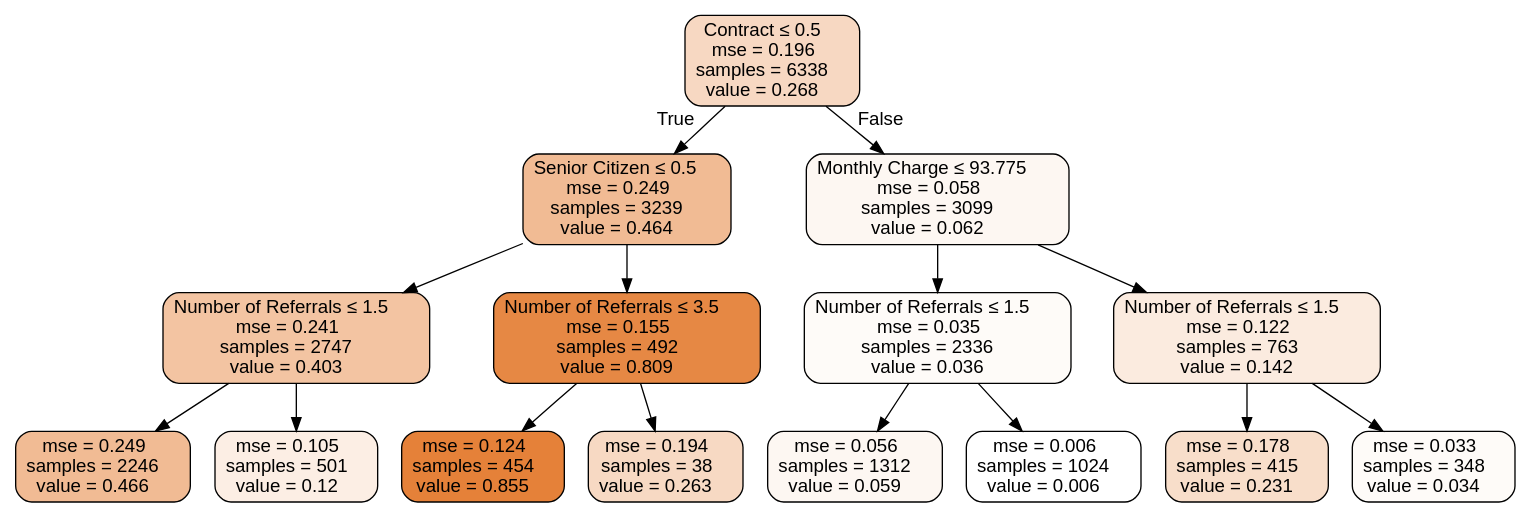
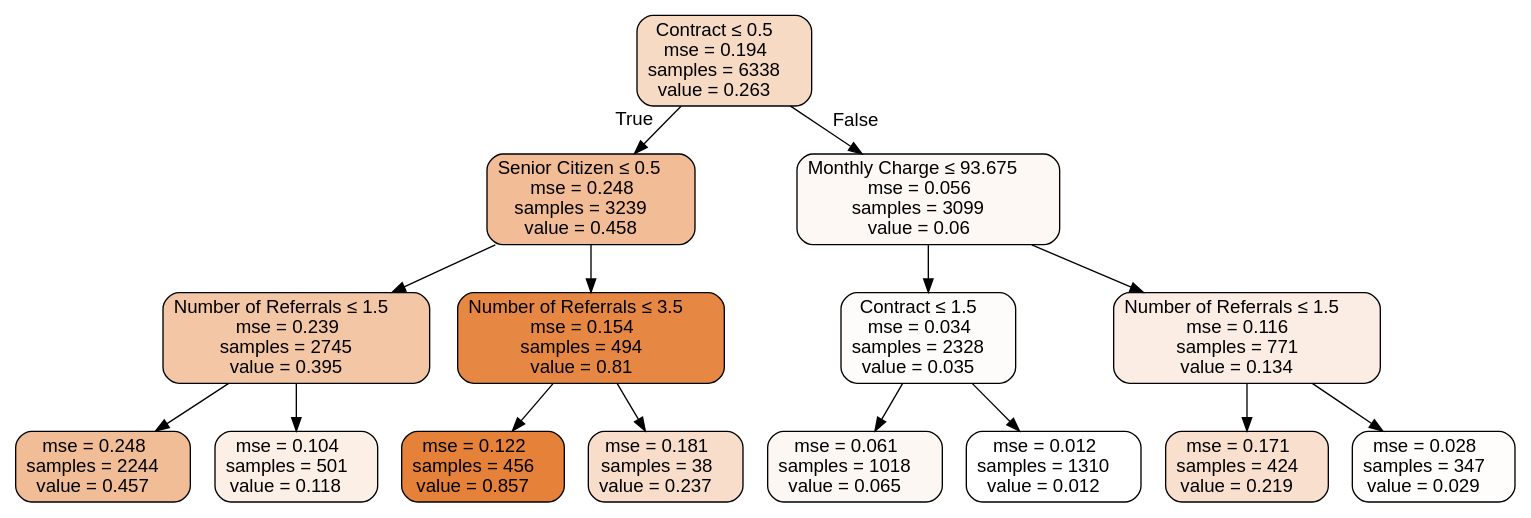
Before and after one commit to lucienwalewski/cse204project: the diagram in src/Source.gv, drawn with Graphviz. The commit also changed 4 other files, not shown here.

```diff
--- a/src/Source.gv
+++ b/src/Source.gv
@@ -1,33 +1,33 @@
 digraph Tree {
 node [shape=box, style="filled, rounded", color="black", fontname=helvetica] ;
 edge [fontname=helvetica] ;
-0 [label=<Contract &le; 0.5<br/>mse = 0.196<br/>samples = 6338<br/>value = 0.268>, fillcolor="#f7d8c2"] ;
-1 [label=<Senior Citizen &le; 0.5<br/>mse = 0.249<br/>samples = 3239<br/>value = 0.464>, fillcolor="#f1bb94"] ;
+0 [label=<Contract &le; 0.5<br/>mse = 0.194<br/>samples = 6338<br/>value = 0.263>, fillcolor="#f7dac4"] ;
+1 [label=<Senior Citizen &le; 0.5<br/>mse = 0.248<br/>samples = 3239<br/>value = 0.458>, fillcolor="#f1bc96"] ;
 0 -> 1 [labeldistance=2.5, labelangle=45, headlabel="True"] ;
-2 [label=<Number of Referrals &le; 1.5<br/>mse = 0.241<br/>samples = 2747<br/>value = 0.403>, fillcolor="#f3c4a2"] ;
+2 [label=<Number of Referrals &le; 1.5<br/>mse = 0.239<br/>samples = 2745<br/>value = 0.395>, fillcolor="#f3c6a5"] ;
 1 -> 2 ;
-3 [label=<mse = 0.249<br/>samples = 2246<br/>value = 0.466>, fillcolor="#f1bb94"] ;
+3 [label=<mse = 0.248<br/>samples = 2244<br/>value = 0.457>, fillcolor="#f1bd97"] ;
 2 -> 3 ;
-4 [label=<mse = 0.105<br/>samples = 501<br/>value = 0.12>, fillcolor="#fceee4"] ;
+4 [label=<mse = 0.104<br/>samples = 501<br/>value = 0.118>, fillcolor="#fcefe6"] ;
 2 -> 4 ;
-5 [label=<Number of Referrals &le; 3.5<br/>mse = 0.155<br/>samples = 492<br/>value = 0.809>, fillcolor="#e68844"] ;
+5 [label=<Number of Referrals &le; 3.5<br/>mse = 0.154<br/>samples = 494<br/>value = 0.81>, fillcolor="#e68844"] ;
 1 -> 5 ;
-6 [label=<mse = 0.124<br/>samples = 454<br/>value = 0.855>, fillcolor="#e58139"] ;
+6 [label=<mse = 0.122<br/>samples = 456<br/>value = 0.857>, fillcolor="#e58139"] ;
 5 -> 6 ;
-7 [label=<mse = 0.194<br/>samples = 38<br/>value = 0.263>, fillcolor="#f7d9c3"] ;
+7 [label=<mse = 0.181<br/>samples = 38<br/>value = 0.237>, fillcolor="#f8deca"] ;
 5 -> 7 ;
-8 [label=<Monthly Charge &le; 93.775<br/>mse = 0.058<br/>samples = 3099<br/>value = 0.062>, fillcolor="#fdf7f2"] ;
+8 [label=<Monthly Charge &le; 93.675<br/>mse = 0.056<br/>samples = 3099<br/>value = 0.06>, fillcolor="#fef8f4"] ;
 0 -> 8 [labeldistance=2.5, labelangle=-45, headlabel="False"] ;
-9 [label=<Number of Referrals &le; 1.5<br/>mse = 0.035<br/>samples = 2336<br/>value = 0.036>, fillcolor="#fefbf8"] ;
+9 [label=<Contract &le; 1.5<br/>mse = 0.034<br/>samples = 2328<br/>value = 0.035>, fillcolor="#fefcfa"] ;
 8 -> 9 ;
-10 [label=<mse = 0.056<br/>samples = 1312<br/>value = 0.059>, fillcolor="#fdf7f2"] ;
+10 [label=<mse = 0.061<br/>samples = 1018<br/>value = 0.065>, fillcolor="#fdf7f3"] ;
 9 -> 10 ;
-11 [label=<mse = 0.006<br/>samples = 1024<br/>value = 0.006>, fillcolor="#ffffff"] ;
+11 [label=<mse = 0.012<br/>samples = 1310<br/>value = 0.012>, fillcolor="#ffffff"] ;
 9 -> 11 ;
-12 [label=<Number of Referrals &le; 1.5<br/>mse = 0.122<br/>samples = 763<br/>value = 0.142>, fillcolor="#fbebdf"] ;
+12 [label=<Number of Referrals &le; 1.5<br/>mse = 0.116<br/>samples = 771<br/>value = 0.134>, fillcolor="#fbede3"] ;
 8 -> 12 ;
-13 [label=<mse = 0.178<br/>samples = 415<br/>value = 0.231>, fillcolor="#f8deca"] ;
+13 [label=<mse = 0.171<br/>samples = 424<br/>value = 0.219>, fillcolor="#f9e0ce"] ;
 12 -> 13 ;
-14 [label=<mse = 0.033<br/>samples = 348<br/>value = 0.034>, fillcolor="#fefbf8"] ;
+14 [label=<mse = 0.028<br/>samples = 347<br/>value = 0.029>, fillcolor="#fefdfb"] ;
 12 -> 14 ;
 }
```
